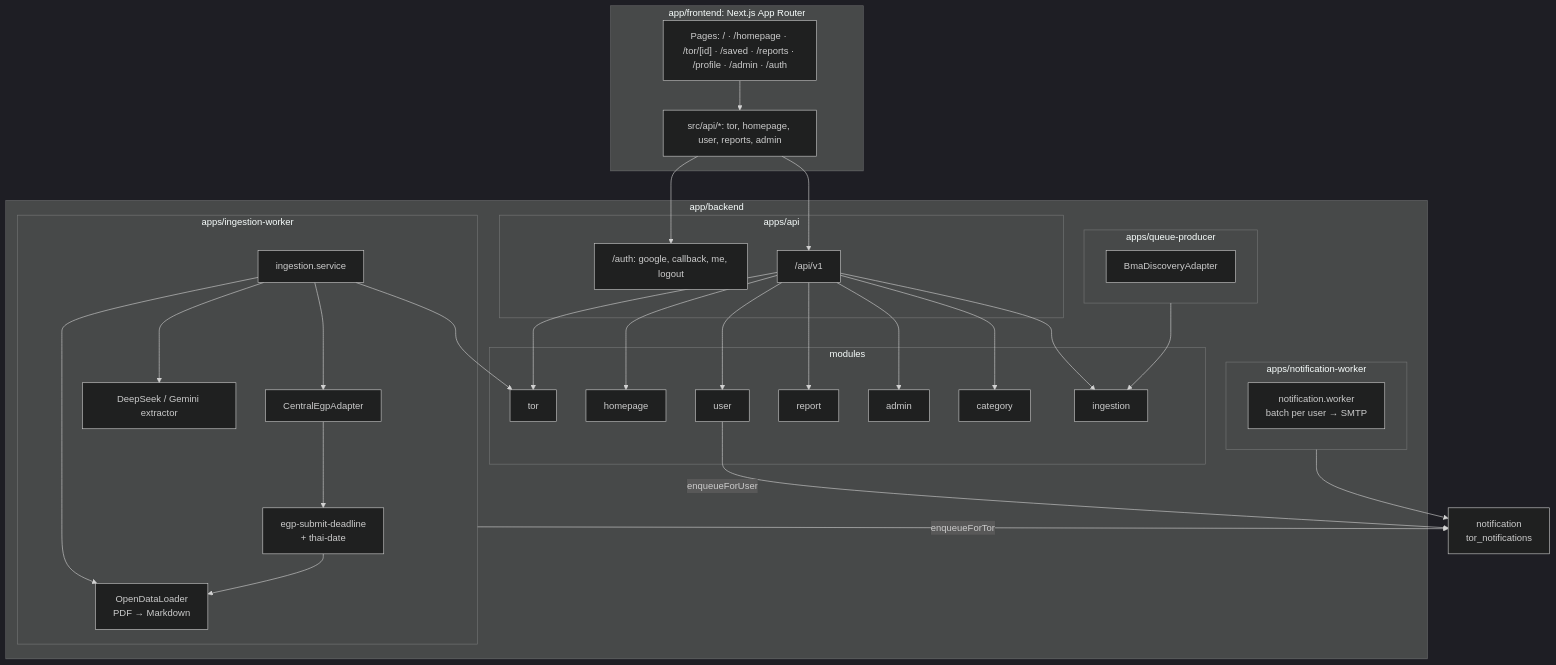
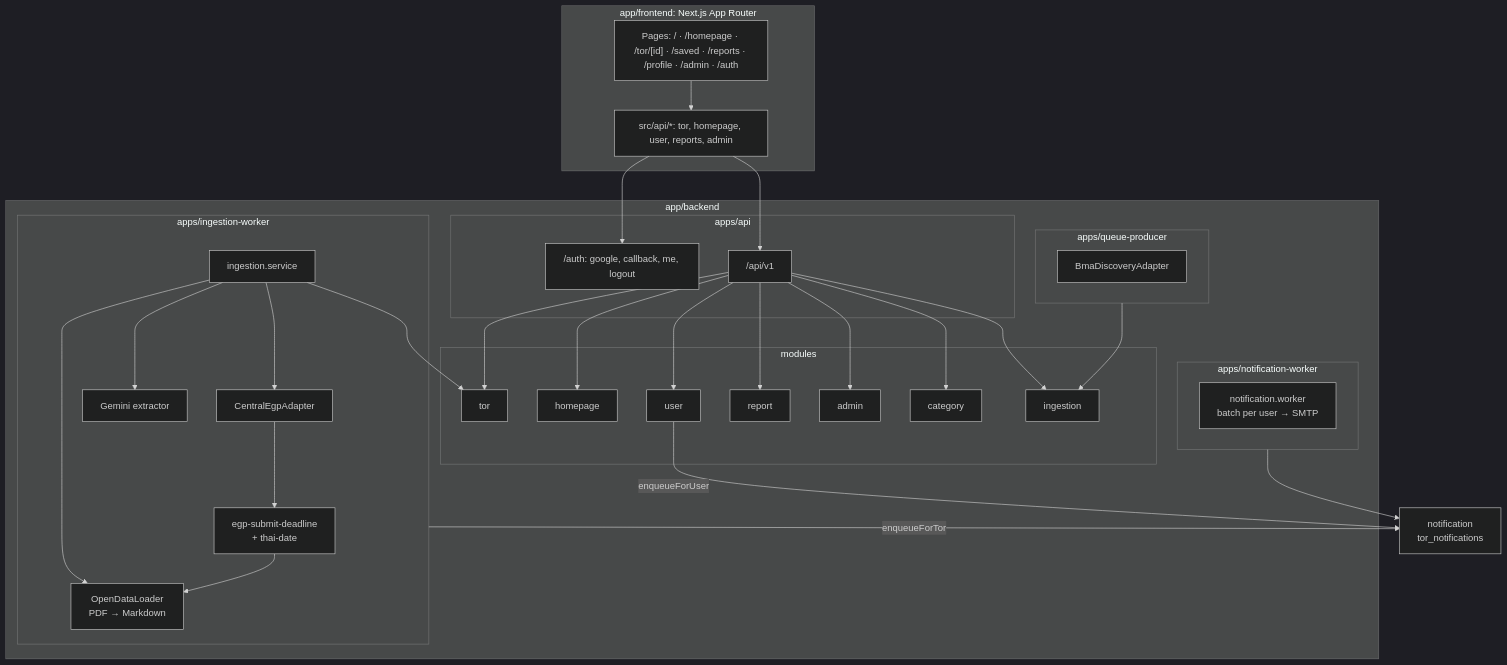
The second of 6 diagrams in docs/system-architecture.md (Doggo-CSP/TORPulse), drawn with Mermaid (dark theme) before and after one commit. The commit also changed other lines of this file and 13 other files, not shown here.

````diff
--- a/docs/system-architecture.md
+++ b/docs/system-architecture.md
@@ -39,50 +39,50 @@
 ```mermaid
 flowchart TB
   subgraph frontend[app/frontend: Next.js App Router]
     pages["Pages: / · /homepage · /tor/[id] · /saved · /reports · /profile · /admin · /auth"]
     apiClient["src/api/*: tor, homepage, user, reports, admin"]
     pages --> apiClient
   end
 
   subgraph backend[app/backend]
     subgraph apiApp[apps/api]
       auth["/auth: google, callback, me, logout"]
       v1["/api/v1"]
     end
     subgraph modules[modules]
       torM[tor]
       homeM[homepage]
       userM[user]
       reportM[report]
       adminM[admin]
       catM[category]
       ingM[ingestion]
     end
     subgraph producerApp[apps/queue-producer]
       bmaA[BmaDiscoveryAdapter]
     end
     subgraph workerApp[apps/ingestion-worker]
       svc[ingestion.service]
       egpA[CentralEgpAdapter]
       odl[OpenDataLoader<br/>PDF → Markdown]
-      llm[DeepSeek / Gemini extractor]
+      llm[Gemini extractor]
       deadline[egp-submit-deadline<br/>+ thai-date]
     end
     subgraph notifApp[apps/notification-worker]
       notifW[notification.worker<br/>batch per user → SMTP]
     end
   end
 
   apiClient --> auth
   apiClient --> v1
   v1 --> torM & homeM & userM & reportM & adminM & catM & ingM
   producerApp --> ingM
   svc --> egpA
   svc --> odl
   svc --> llm
   egpA --> deadline --> odl
   svc --> torM
   workerApp -->|enqueueForTor| notifM[notification<br/>tor_notifications]
   userM -->|enqueueForUser| notifM
   notifApp --> notifM
 ```
````
